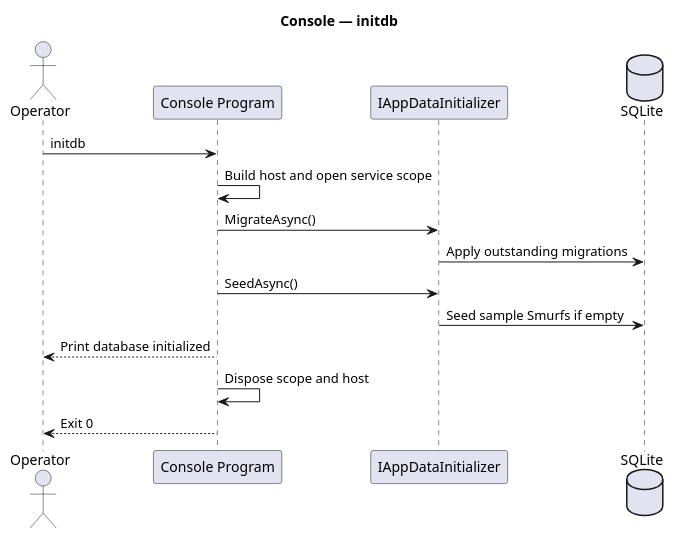
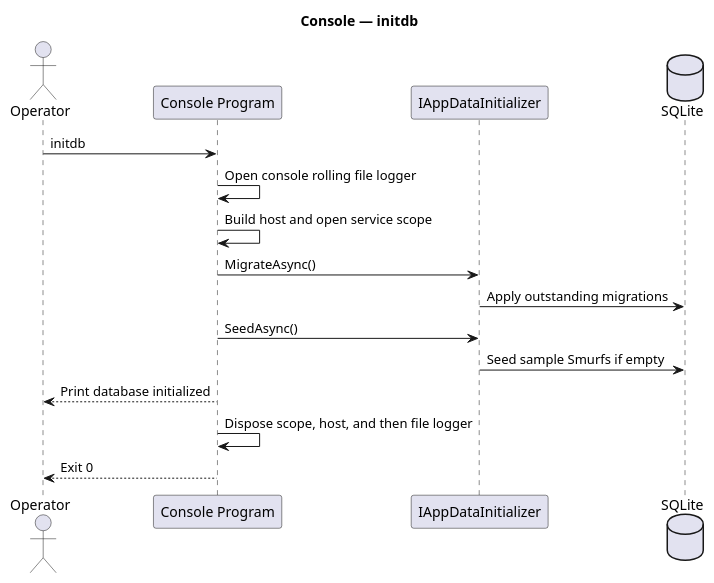
One commit to EbbeMeloSorensen/Smurfs changed the diagram in docs/behavioral/diagrams/console-initdb.puml. Above: the diagram before and after it, drawn with PlantUML. The commit also changed 10 other files, not shown here.

```diff
--- a/docs/behavioral/diagrams/console-initdb.puml
+++ b/docs/behavioral/diagrams/console-initdb.puml
@@ -1,17 +1,18 @@
 @startuml
 title Console — initdb
 actor Operator
 participant "Console Program" as CLI
 participant IAppDataInitializer as Setup
 database "SQLite" as DB
 
 Operator -> CLI : initdb
+CLI -> CLI : Open console rolling file logger
 CLI -> CLI : Build host and open service scope
 CLI -> Setup : MigrateAsync()
 Setup -> DB : Apply outstanding migrations
 CLI -> Setup : SeedAsync()
 Setup -> DB : Seed sample Smurfs if empty
 CLI --> Operator : Print database initialized
-CLI -> CLI : Dispose scope and host
+CLI -> CLI : Dispose scope, host, and then file logger
 CLI --> Operator : Exit 0
 @enduml
```
